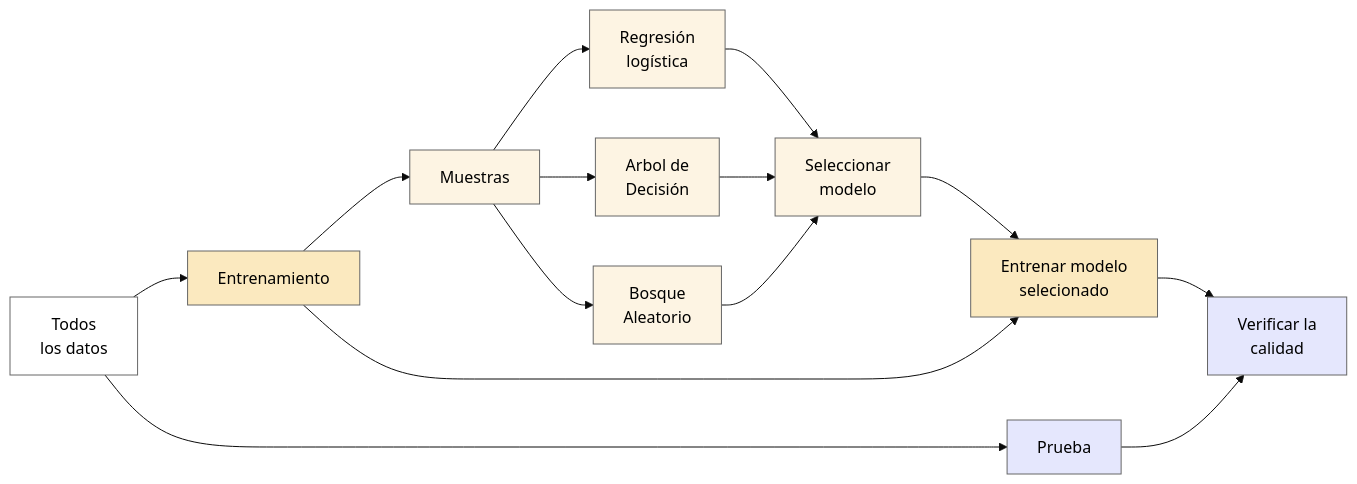
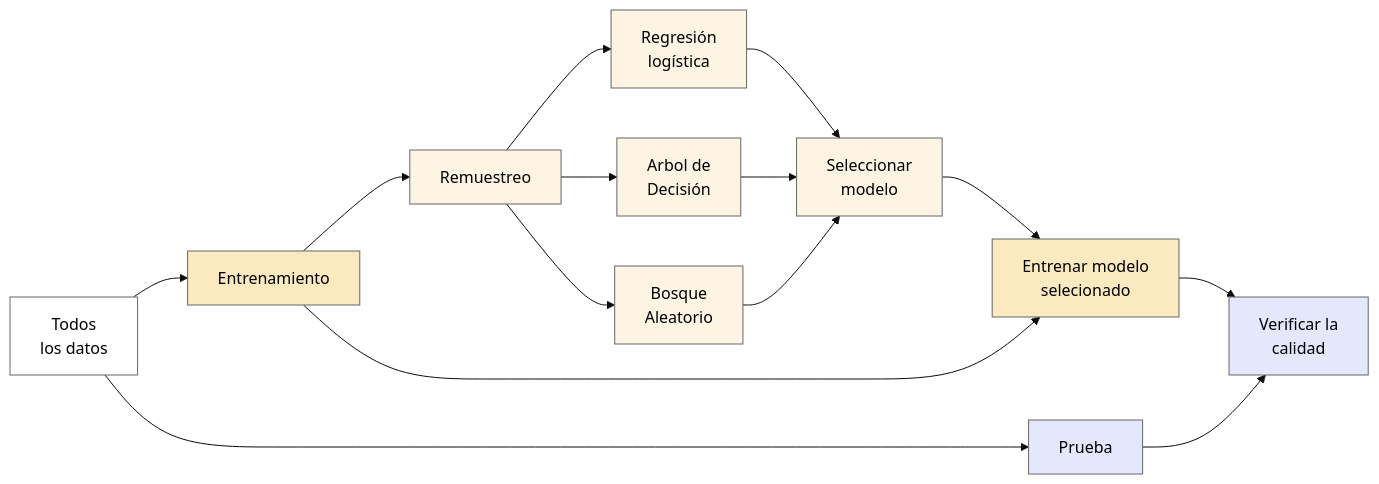
The fourth of 4 diagrams in archive/2024-03-conectaR-spanish/presentacion/intro-04-evaluar-modelos.qmd (tidymodels/workshops), drawn with Mermaid (base theme) before and after one commit. The commit also changed 2 other files, not shown here.

Commit message:
Better translation in roadmap diagram

````diff
--- a/archive/2024-03-conectaR-spanish/presentacion/intro-04-evaluar-modelos.qmd
+++ b/archive/2024-03-conectaR-spanish/presentacion/intro-04-evaluar-modelos.qmd
@@ -873,39 +873,39 @@
 ```{mermaid}
 %%| eval: true
 %%| fig-width: 12
 flowchart LR
   ad[Todos\nlos datos]
   style ad fill:#fff,stroke:#666,color:#000
   tr[Entrenamiento]
   style tr fill:#FBE9BF,stroke:#666,color:#000
   ts[Prueba]
   style ts fill:#E5E7FD,stroke:#666,color:#000
   ad --> tr
   ad --> ts
-  rs[Muestras]
+  rs[Remuestreo]
   style rs fill:#FDF4E3,stroke:#666,color:#000
   tr --> rs
   lg[Regresión\nlogística]
   style lg fill:#FDF4E3,stroke:#666,color:#000
   rs --> lg
   dt[Arbol de\nDecisión]
   style dt fill:#FDF4E3,stroke:#666,color:#000
   rs --> dt
   rf[Bosque\nAleatorio]
   style rf fill:#FDF4E3,stroke:#666,color:#000
   rs --> rf
   sm[Seleccionar\nmodelo]
   style sm fill:#FDF4E3,stroke:#666,color:#000
   lg --> sm
   dt --> sm
   rf --> sm
   fm[Entrenar modelo\nselecionado]
   style fm fill:#FBE9BF,stroke:#666,color:#000
   sm --> fm
   tr --> fm
   vm[Verificar la\ncalidad]
   style vm fill:#E5E7FD,stroke:#666,color:#000
   fm --> vm
   ts --> vm
 
 ```
````
